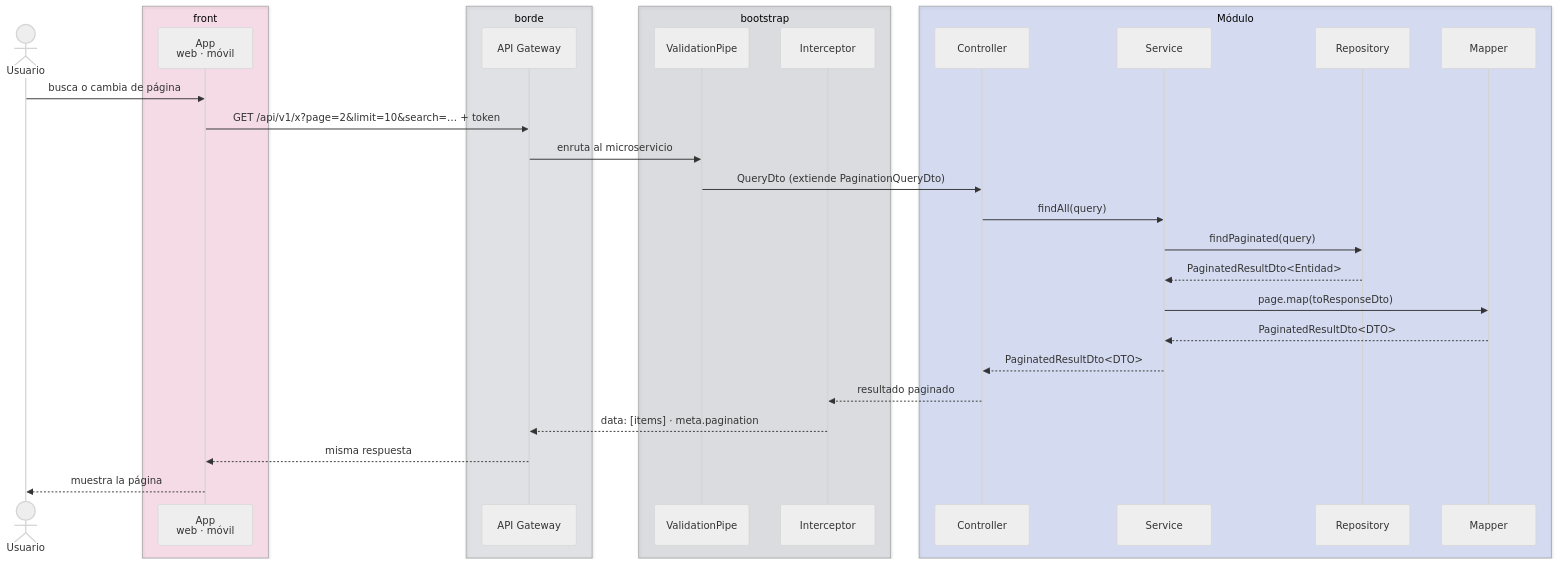
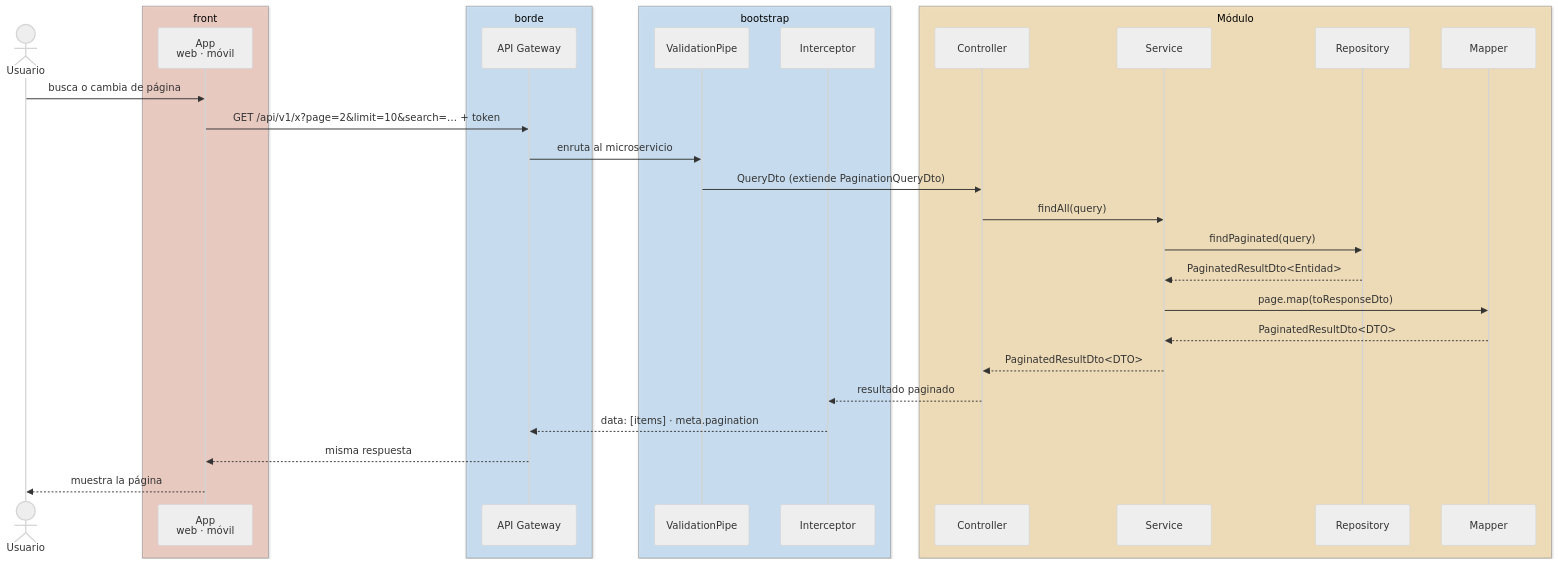
Before and after one commit to pcarroza91/nest-template: the tenth of 15 diagrams in docs/architecture/modular-microservice.md, drawn with Mermaid (neutral theme). The commit also changed other lines of this file and 2 other files, not shown here.

First line of the commit message:
docs(architecture): aplica el estilo pastel por rol a los diagramas Mermaid

````diff
--- a/docs/architecture/modular-microservice.md
+++ b/docs/architecture/modular-microservice.md
@@ -644,35 +631,35 @@
 ```mermaid
 sequenceDiagram
     actor U as Usuario
-    box rgba(225,29,116,0.12) front
+    box rgba(246,193,178,0.6) front
         participant FE as App<br/>web · móvil
     end
-    box rgba(100,116,139,0.15) borde
+    box rgba(188,225,255,0.6) borde
         participant GW as API Gateway
     end
-    box rgba(71,85,105,0.15) bootstrap
+    box rgba(188,225,255,0.6) bootstrap
         participant P as ValidationPipe
         participant I as Interceptor
     end
-    box rgba(29,78,216,0.15) Módulo
+    box rgba(253,224,163,0.6) Módulo
         participant C as Controller
         participant S as Service
         participant R as Repository
         participant M as Mapper
     end
 
     U->>FE: busca o cambia de página
     FE->>GW: GET /api/v1/x?page=2&limit=10&search=… + token
     GW->>P: enruta al microservicio
     P->>C: QueryDto (extiende PaginationQueryDto)
     C->>S: findAll(query)
     S->>R: findPaginated(query)
     R-->>S: PaginatedResultDto<Entidad>
     S->>M: page.map(toResponseDto)
     M-->>S: PaginatedResultDto<DTO>
     S-->>C: PaginatedResultDto<DTO>
     C-->>I: resultado paginado
     I-->>GW: data: [items] · meta.pagination
     GW-->>FE: misma respuesta
     FE-->>U: muestra la página
 ```
````
